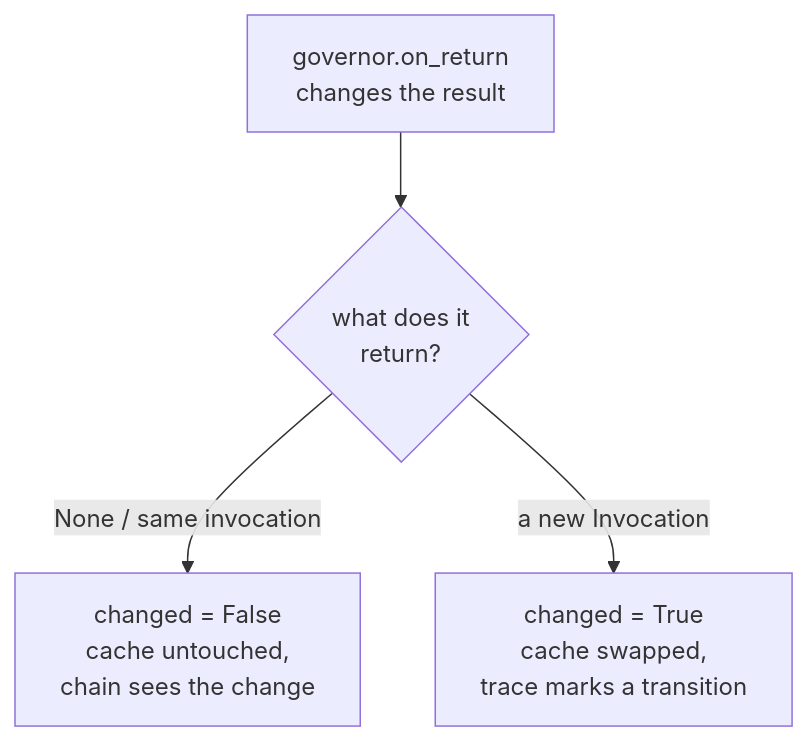
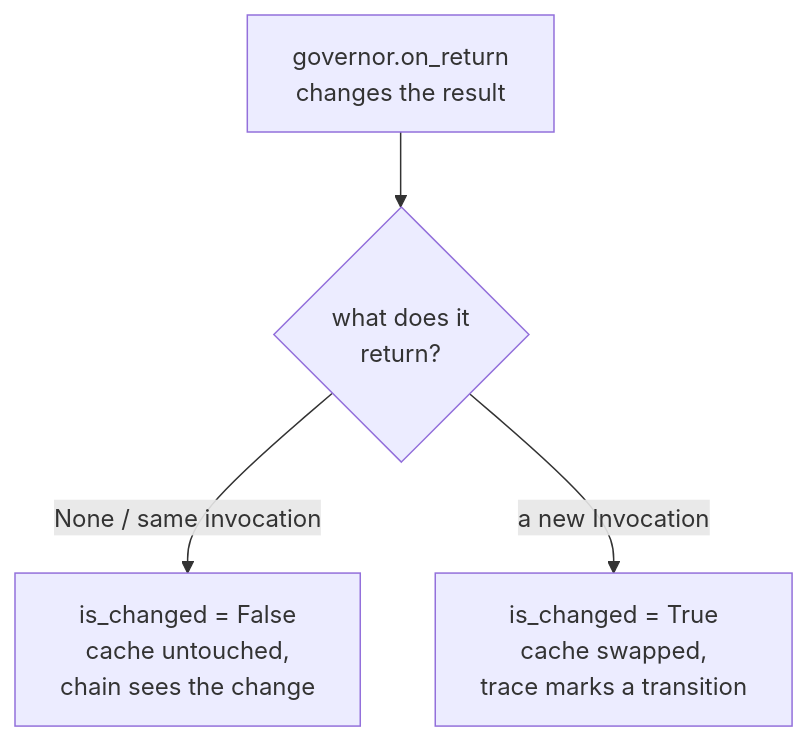
One commit to tokeo/fundi changed the third of 3 diagrams in tokeo/core/ai/GOVERNORS.md. Above: the diagram before and after it, drawn with Mermaid. The commit also changed other lines of this file and 32 other files, not shown here.

````diff
--- a/tokeo/core/ai/GOVERNORS.md
+++ b/tokeo/core/ai/GOVERNORS.md
@@ -136,6 +136,6 @@
 ```mermaid
 flowchart TD
     Gov["governor.on_return<br/>changes the result"] --> Choice{"what does it<br/>return?"}
-    Choice -->|"None / same invocation"| InPlace["changed = False<br/>cache untouched,<br/>chain sees the change"]
-    Choice -->|"a new Invocation"| New["changed = True<br/>cache swapped,<br/>trace marks a transition"]
+    Choice -->|"None / same invocation"| InPlace["is_changed = False<br/>cache untouched,<br/>chain sees the change"]
+    Choice -->|"a new Invocation"| New["is_changed = True<br/>cache swapped,<br/>trace marks a transition"]
 ```
````
